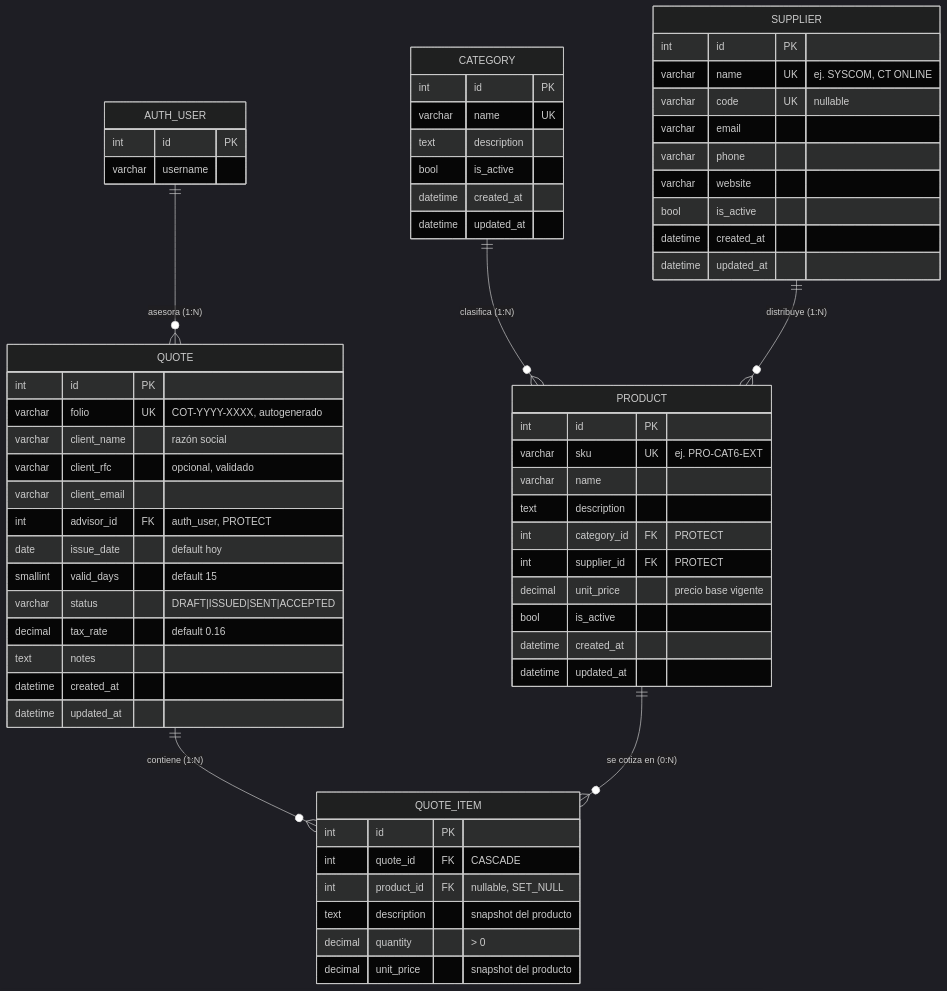
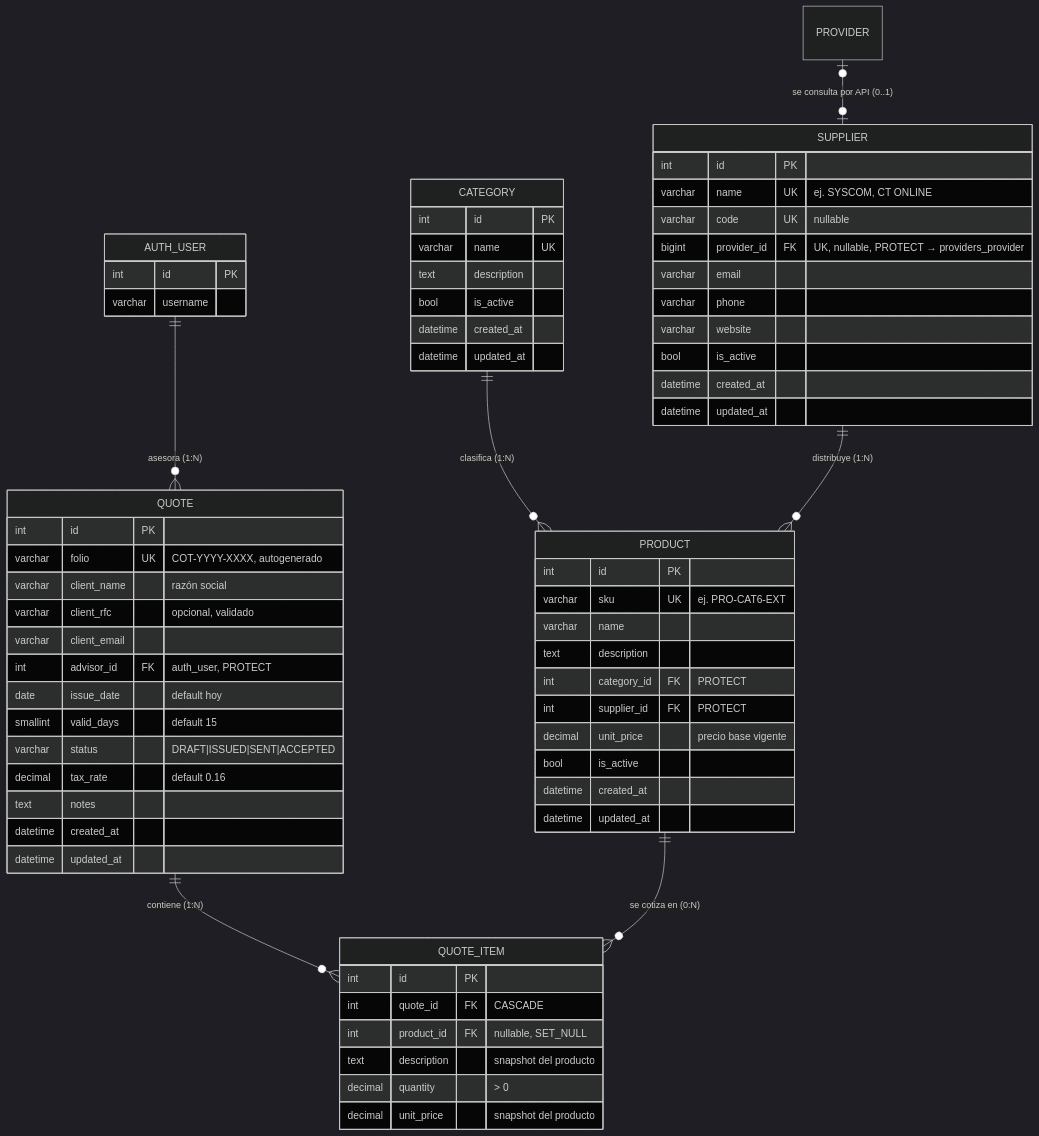
The diagram in docs/DER.md (NauRedfieldev/Cotizador_Multiproveedor), drawn with Mermaid (dark theme) before and after one commit. The commit also changed other lines of this file and 21 other files, not shown here.

````diff
--- a/docs/DER.md
+++ b/docs/DER.md
@@ -8,72 +8,74 @@
 ```mermaid
 erDiagram
     AUTH_USER ||--o{ QUOTE : "asesora (1:N)"
     CATEGORY ||--o{ PRODUCT : "clasifica (1:N)"
     SUPPLIER ||--o{ PRODUCT : "distribuye (1:N)"
+    PROVIDER |o--o| SUPPLIER : "se consulta por API (0..1)"
     QUOTE ||--o{ QUOTE_ITEM : "contiene (1:N)"
     PRODUCT ||--o{ QUOTE_ITEM : "se cotiza en (0:N)"
 
     AUTH_USER {
         int id PK
         varchar username
     }
 
     CATEGORY {
         int id PK
         varchar name UK
         text description
         bool is_active
         datetime created_at
         datetime updated_at
     }
 
     SUPPLIER {
         int id PK
         varchar name UK "ej. SYSCOM, CT ONLINE"
         varchar code UK "nullable"
+        bigint provider_id FK "UK, nullable, PROTECT → providers_provider"
         varchar email
         varchar phone
         varchar website
         bool is_active
         datetime created_at
         datetime updated_at
     }
 
     PRODUCT {
         int id PK
         varchar sku UK "ej. PRO-CAT6-EXT"
         varchar name
         text description
         int category_id FK "PROTECT"
         int supplier_id FK "PROTECT"
         decimal unit_price "precio base vigente"
         bool is_active
         datetime created_at
         datetime updated_at
     }
 
     QUOTE {
         int id PK
         varchar folio UK "COT-YYYY-XXXX, autogenerado"
         varchar client_name "razón social"
         varchar client_rfc "opcional, validado"
         varchar client_email
         int advisor_id FK "auth_user, PROTECT"
         date issue_date "default hoy"
         smallint valid_days "default 15"
         varchar status "DRAFT|ISSUED|SENT|ACCEPTED"
         decimal tax_rate "default 0.16"
         text notes
         datetime created_at
         datetime updated_at
     }
 
     QUOTE_ITEM {
         int id PK
         int quote_id FK "CASCADE"
         int product_id FK "nullable, SET_NULL"
         text description "snapshot del producto"
         decimal quantity "> 0"
         decimal unit_price "snapshot del producto"
     }
 ```
````
